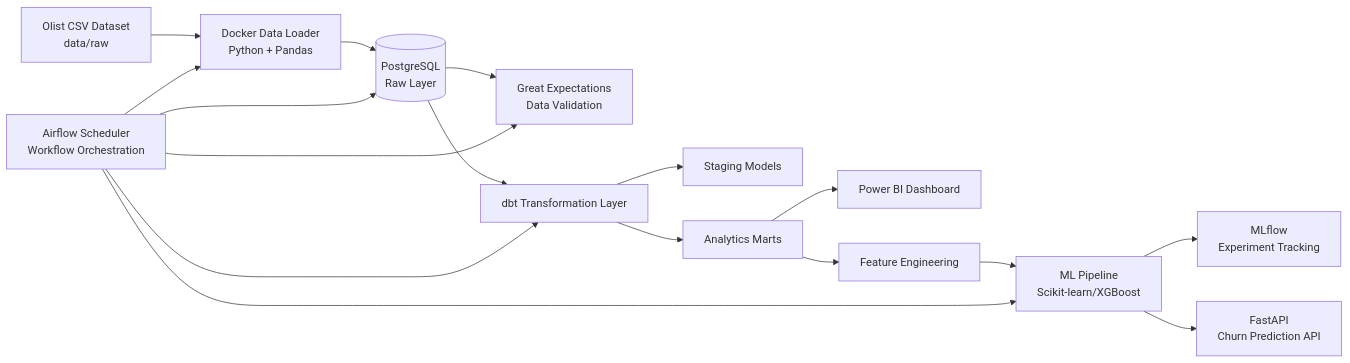
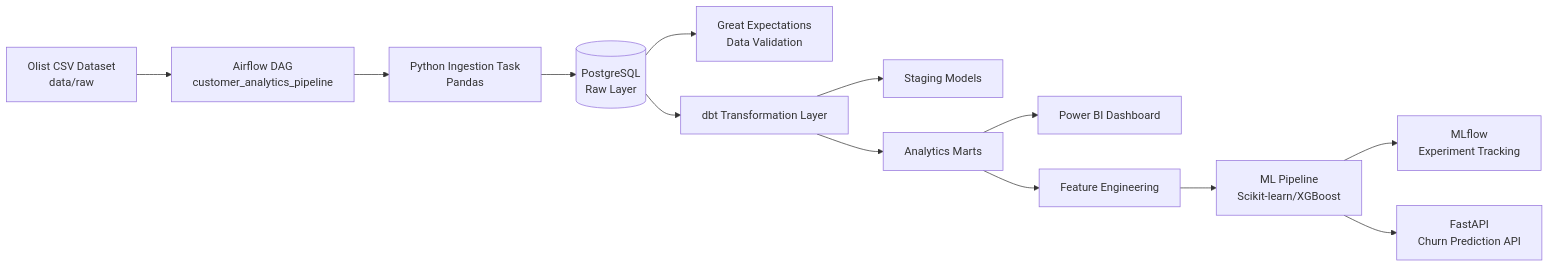
One commit to shokoufehyazdanian/Customer-Analytics-Platform changed the diagram in README.md. Above: the diagram before and after it, drawn with Mermaid. The commit also changed other lines of this file, not shown here.

````diff
--- a/README.md
+++ b/README.md
@@ -29,31 +34,27 @@
 ```mermaid
 flowchart LR
 
-    A[Olist CSV Dataset<br/>data/raw] --> B[Docker Data Loader<br/>Python + Pandas]
+    A[Olist CSV Dataset<br/>data/raw] --> B[Airflow DAG<br/>customer_analytics_pipeline]
 
-    B --> C[(PostgreSQL<br/>Raw Layer)]
+    B --> C[Python Ingestion Task<br/>Pandas]
 
-    C --> D[Great Expectations<br/>Data Validation]
+    C --> D[(PostgreSQL<br/>Raw Layer)]
 
-    C --> E[dbt Transformation Layer]
+    D --> E[Great Expectations<br/>Data Validation]
 
-    E --> E1[Staging Models]
-    E --> E2[Analytics Marts]
+    D --> F[dbt Transformation Layer]
 
-    E2 --> F[Power BI Dashboard]
+    F --> F1[Staging Models]
+    F --> F2[Analytics Marts]
 
-    E2 --> G[Feature Engineering]
+    F2 --> G[Power BI Dashboard]
 
-    G --> H[ML Pipeline<br/>Scikit-learn/XGBoost]
+    F2 --> H[Feature Engineering]
 
-    H --> I[MLflow<br/>Experiment Tracking]
+    H --> I[ML Pipeline<br/>Scikit-learn/XGBoost]
 
-    H --> J[FastAPI<br/>Churn Prediction API]
+    I --> J[MLflow<br/>Experiment Tracking]
 
-    K[Airflow Scheduler<br/>Workflow Orchestration] --> B
-    K --> C
-    K --> D
-    K --> E
-    K --> H
+    I --> K[FastAPI<br/>Churn Prediction API]
 
 ```
````
